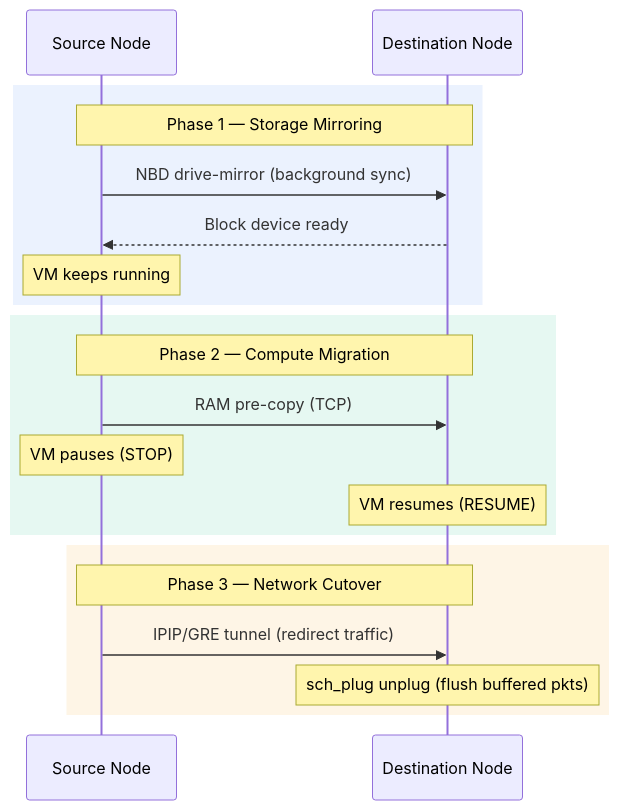
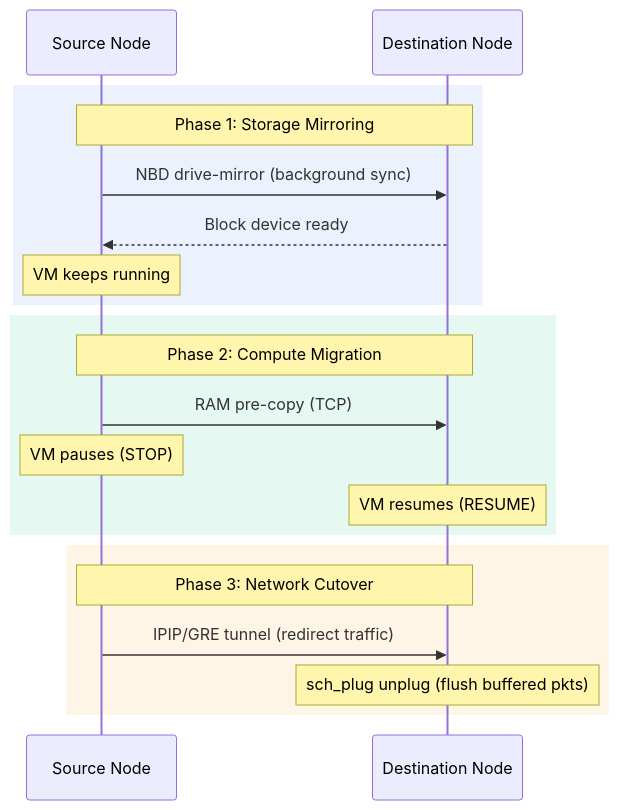
The first of 5 diagrams in README.md (maci0/katamaran), drawn with Mermaid before and after one commit. The commit also changed other lines of this file and 64 other files, not shown here.

````diff
--- a/README.md
+++ b/README.md
@@ -191,25 +191,25 @@
 ```mermaid
 sequenceDiagram
     participant S as Source Node
     participant D as Destination Node
 
     rect rgb(59, 130, 246, 0.1)
-    Note over S,D: Phase 1 — Storage Mirroring
+    Note over S,D: Phase 1: Storage Mirroring
     S->>D: NBD drive-mirror (background sync)
     D-->>S: Block device ready
     Note over S: VM keeps running
     end
 
     rect rgb(16, 185, 129, 0.1)
-    Note over S,D: Phase 2 — Compute Migration
+    Note over S,D: Phase 2: Compute Migration
     S->>D: RAM pre-copy (TCP)
     Note over S: VM pauses (STOP)
     Note over D: VM resumes (RESUME)
     end
 
     rect rgb(245, 158, 11, 0.1)
-    Note over S,D: Phase 3 — Network Cutover
+    Note over S,D: Phase 3: Network Cutover
     S->>D: IPIP/GRE tunnel (redirect traffic)
     Note over D: sch_plug unplug (flush buffered pkts)
     end
 ```
````
